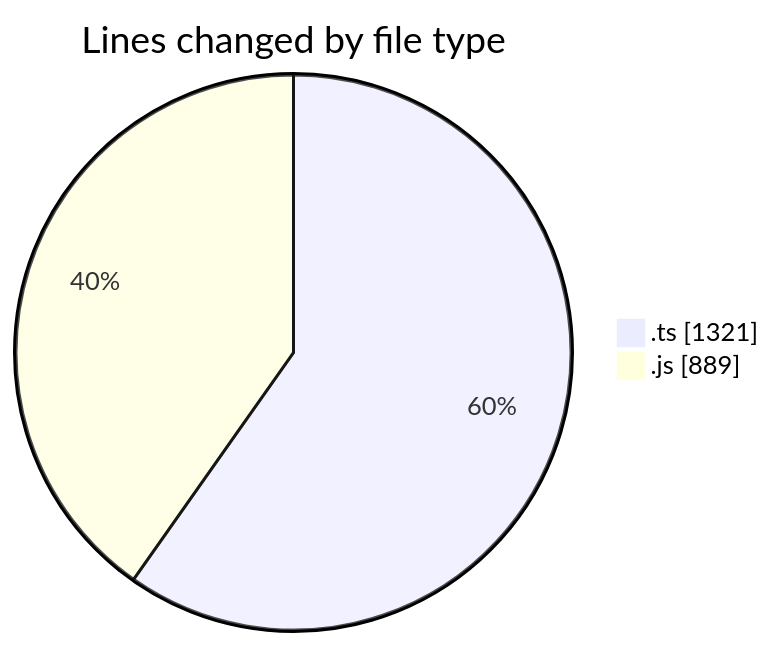
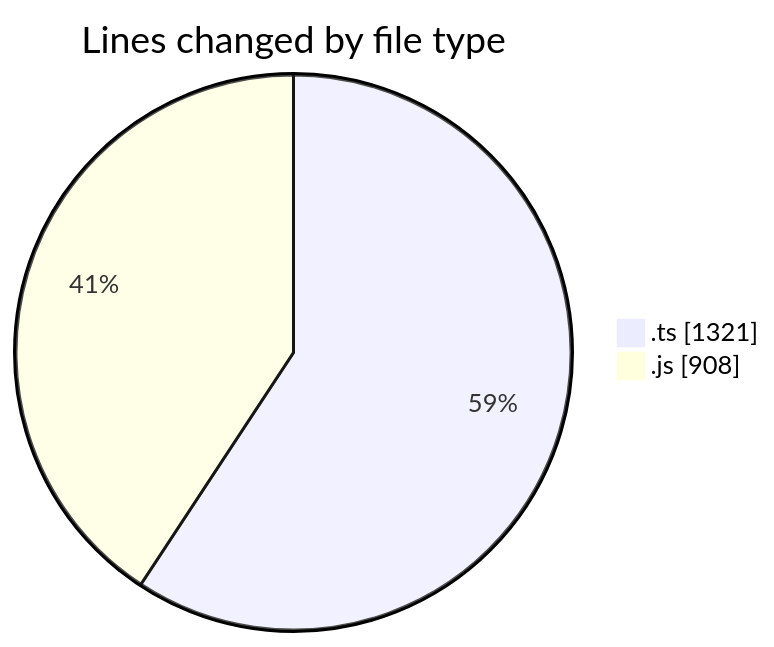
One commit to momahboobian/code-tracking changed the first of 2 diagrams in 2026-02-03/cda/README.md. Above: the diagram before and after it, drawn with Mermaid. The commit also changed other lines of this file and 1 other file, not shown here.

````diff
--- a/2026-02-03/cda/README.md
+++ b/2026-02-03/cda/README.md
@@ -23,6 +23,6 @@
 ```mermaid
 pie showData
 title Lines changed by file type
 ".ts" : 1321
-".js" : 889
+".js" : 908
 ```
````
